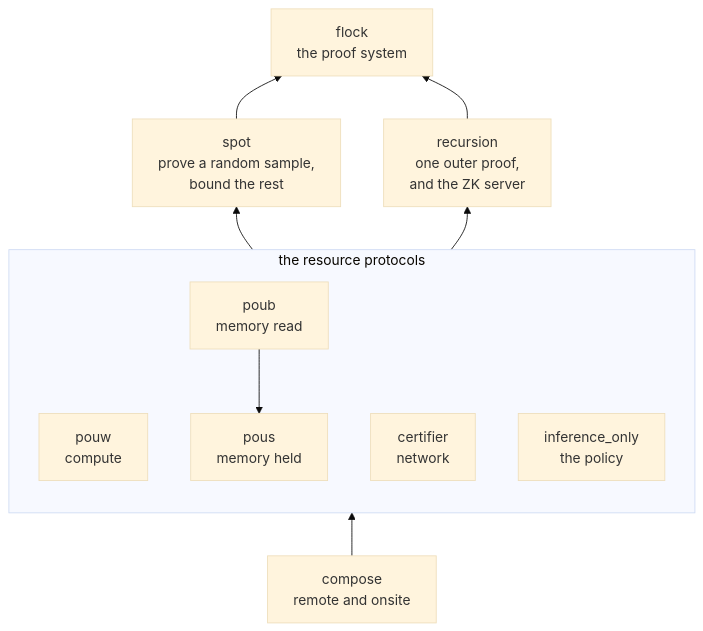
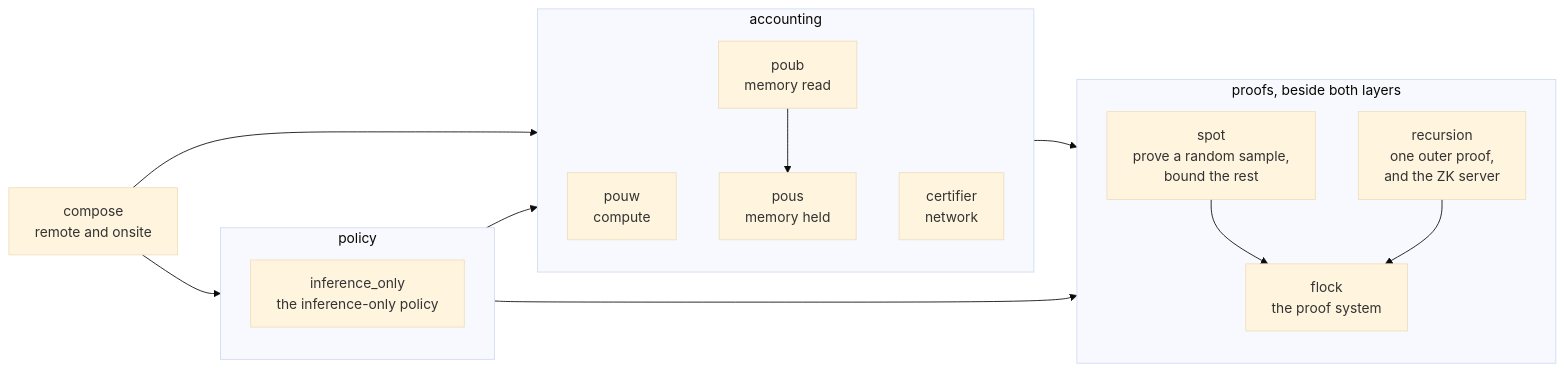
The fourth of 5 diagrams in inbox/ARCHFILE-page.md (compute-verification/verity), drawn with Mermaid (base theme) before and after one commit. The commit also changed other lines of this file and 1 other file, not shown here.

Commit message:
inbox: the architecture page as Daniel left it at 10:50 PM PST (protocols in two layers and a proofs module), and the tree change for ARCHFILE

````diff
--- a/inbox/ARCHFILE-page.md
+++ b/inbox/ARCHFILE-page.md
@@ -152,20 +152,26 @@
 ```mermaid
-flowchart BT
-    flock["flock<br/>the proof system"]
-    spot["spot<br/>prove a random sample,<br/>bound the rest"]
-    recursion["recursion<br/>one outer proof,<br/>and the ZK server"]
-    subgraph audits["the resource protocols"]
+flowchart LR
+    compose["compose<br/>remote and onsite"]
+    subgraph accounting["accounting"]
         pouw["pouw<br/>compute"]
         pous["pous<br/>memory held"]
         poub["poub<br/>memory read"]
         certifier["certifier<br/>network"]
-        io["inference_only<br/>the policy"]
     end
-    compose["compose<br/>remote and onsite"]
+    subgraph policy["policy"]
+        io["inference_only<br/>the inference-only policy"]
+    end
+    subgraph proofs["proofs, beside both layers"]
+        spot["spot<br/>prove a random sample,<br/>bound the rest"]
+        recursion["recursion<br/>one outer proof,<br/>and the ZK server"]
+        flock["flock<br/>the proof system"]
+    end
+    compose --> accounting
+    compose --> policy
+    policy --> accounting
+    accounting --> proofs
+    policy --> proofs
     poub --> pous
     spot --> flock
     recursion --> flock
-    audits --> spot
-    audits --> recursion
-    compose --> audits
 ```
````
